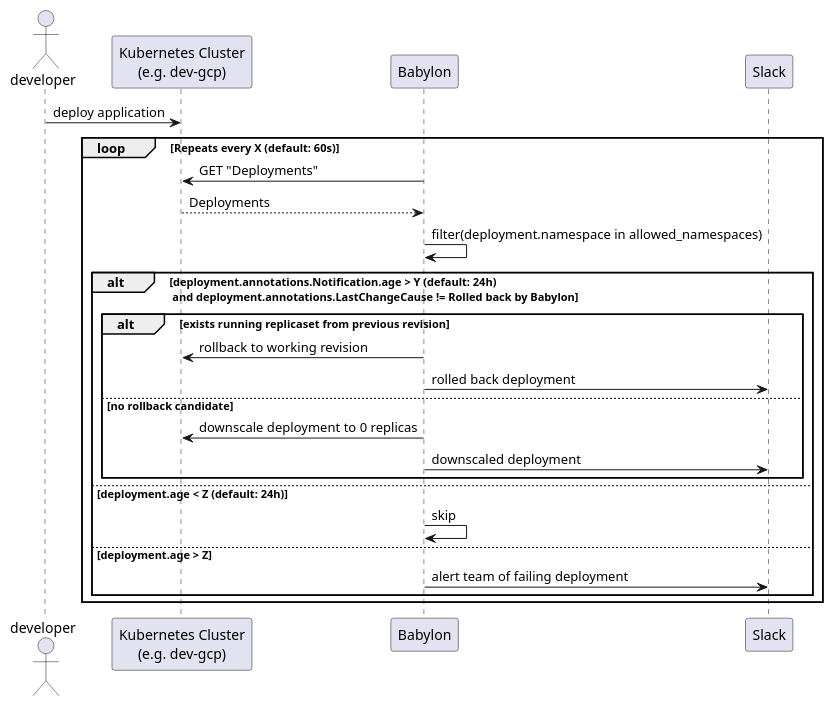
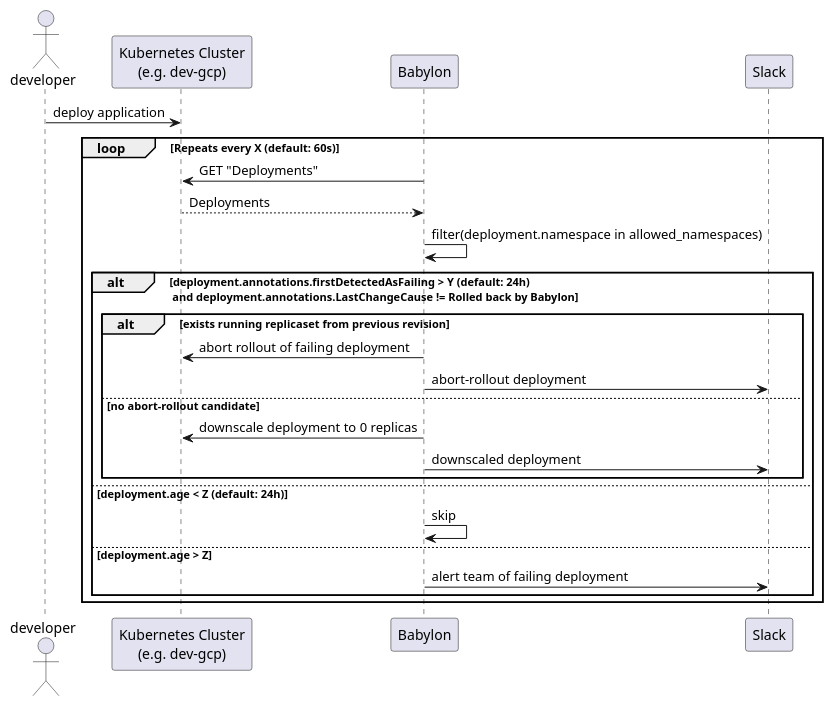
Before and after one commit to nais/babylon: the diagram in docs/flow.puml, drawn with PlantUML.

Commit message:
Change wording in sequence diagram, rollback -> abort-rollout

```diff
--- a/docs/flow.puml
+++ b/docs/flow.puml
@@ -1,37 +1,37 @@
 @startuml babylon-flow 
 actor developer as developer
 participant k8s as "Kubernetes Cluster\n(e.g. dev-gcp)"
 participant babylon as "Babylon"
 participant alertmanager as "Slack"
 
 developer -> k8s: deploy application
 loop Repeats every X (default: 60s)
 babylon -> k8s: GET "Deployments"
 return Deployments
 babylon -> babylon: filter(deployment.namespace in allowed_namespaces)
 
-alt deployment.annotations.Notification.age > Y (default: 24h) \n and deployment.annotations.LastChangeCause != Rolled back by Babylon
+alt deployment.annotations.firstDetectedAsFailing > Y (default: 24h) \n and deployment.annotations.LastChangeCause != Rolled back by Babylon
 
     alt exists running replicaset from previous revision
         
-        babylon -> k8s: rollback to working revision
-        babylon -> alertmanager: rolled back deployment
+        babylon -> k8s: abort rollout of failing deployment
+        babylon -> alertmanager: abort-rollout deployment
 
-    else no rollback candidate
+    else no abort-rollout candidate
 
         babylon -> k8s: downscale deployment to 0 replicas
         babylon -> alertmanager: downscaled deployment
 
     end
 
 else deployment.age < Z (default: 24h)
     
     babylon -> babylon: skip
 
 else deployment.age > Z
 
     babylon -> alertmanager: alert team of failing deployment
 end
 
 end
 @enduml
```
